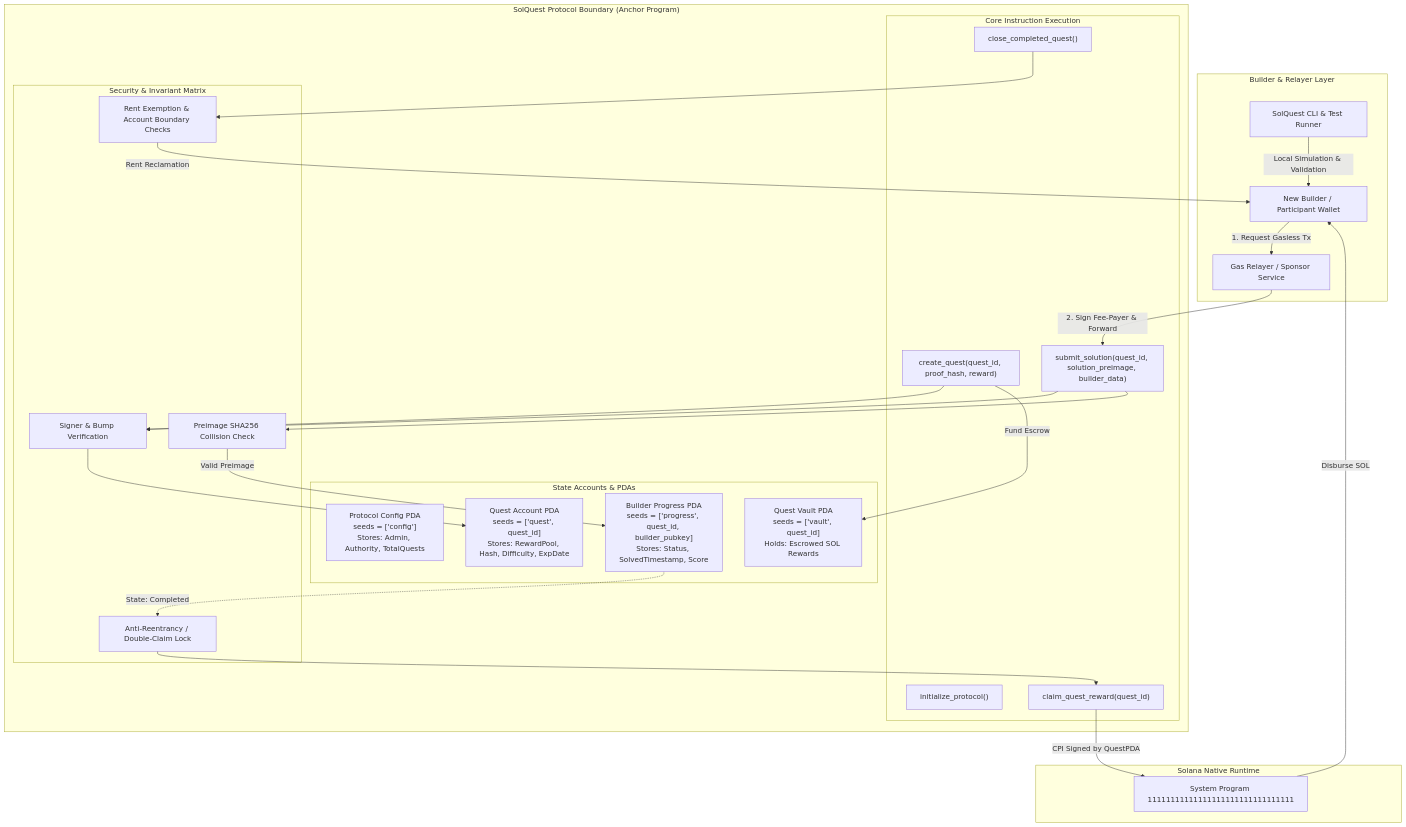
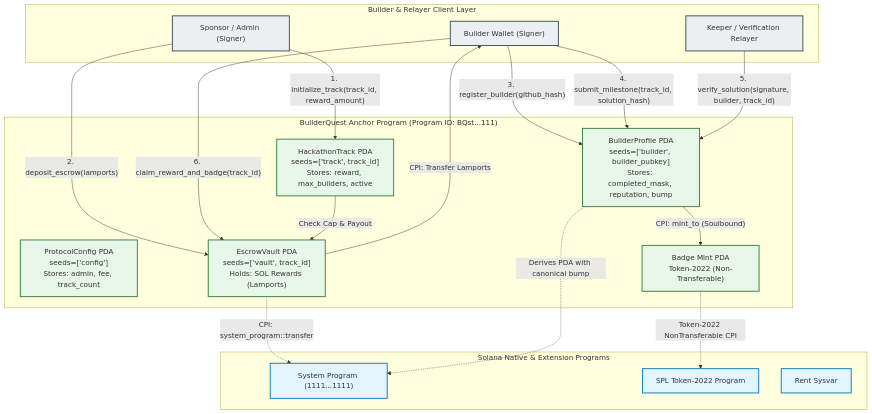
The diagram in README.md (wiliancolomboo-tech/web3-create-content-to-engage-new-builde-2799a3), drawn with Mermaid before and after one commit. The commit also changed other lines of this file and 54 other files, not shown here.

````diff
--- a/README.md
+++ b/README.md
@@ -44,58 +39,50 @@
 ```mermaid
 flowchart TD
-    subgraph ClientLayer["Builder & Relayer Layer"]
-        B[New Builder / Participant Wallet]
-        R[Gas Relayer / Sponsor Service]
-        CLI[SolQuest CLI & Test Runner]
+    subgraph ClientLayer ["Builder & Relayer Client Layer"]
+        Builder["Builder Wallet (Signer)"]
+        Sponsor["Sponsor / Admin (Signer)"]
+        Relayer["Keeper / Verification Relayer"]
     end
 
-    subgraph ProgramBoundary["SolQuest Protocol Boundary (Anchor Program)"]
-        subgraph Accounts["State Accounts & PDAs"]
-            ConfigPDA["Protocol Config PDA<br/>seeds = ['config']<br/>Stores: Admin, Authority, TotalQuests"]
-            QuestPDA["Quest Account PDA<br/>seeds = ['quest', quest_id]<br/>Stores: RewardPool, Hash, Difficulty, ExpDate"]
-            VaultPDA["Quest Vault PDA<br/>seeds = ['vault', quest_id]<br/>Holds: Escrowed SOL Rewards"]
-            ProgressPDA["Builder Progress PDA<br/>seeds = ['progress', quest_id, builder_pubkey]<br/>Stores: Status, SolvedTimestamp, Score"]
-        end
-
-        subgraph InstructionLogic["Core Instruction Execution"]
-            IX_InitConfig["initialize_protocol()"]
-            IX_CreateQuest["create_quest(quest_id, proof_hash, reward)"]
-            IX_SubmitProof["submit_solution(quest_id, solution_preimage, builder_data)"]
-            IX_ClaimReward["claim_quest_reward(quest_id)"]
-            IX_CloseProgress["close_completed_quest()"]
-        end
-
-        subgraph SecurityGuards["Security & Invariant Matrix"]
-            G1["Signer & Bump Verification"]
-            G2["Preimage SHA256 Collision Check"]
-            G3["Anti-Reentrancy / Double-Claim Lock"]
-            G4["Rent Exemption & Account Boundary Checks"]
-        end
+    subgraph ProgramLayer ["BuilderQuest Anchor Program (Program ID: BQst...111)"]
+        Config["ProtocolConfig PDA<br/>seeds=['config']<br/>Stores: admin, fee, track_count"]
+        Track["HackathonTrack PDA<br/>seeds=['track', track_id]<br/>Stores: reward, max_builders, active"]
+        BuilderProfile["BuilderProfile PDA<br/>seeds=['builder', builder_pubkey]<br/>Stores: completed_mask, reputation, bump"]
+        EscrowVault["EscrowVault PDA<br/>seeds=['vault', track_id]<br/>Holds: SOL Rewards (Lamports)"]
+        BadgeMint["Badge Mint PDA<br/>Token-2022 (Non-Transferable)"]
     end
 
-    subgraph SystemProgram["Solana Native Runtime"]
-        SYS[System Program 11111111111111111111111111111111]
+    subgraph NativePrograms ["Solana Native & Extension Programs"]
+        SystemProgram["System Program (1111...1111)"]
+        Token2022["SPL Token-2022 Program"]
+        RentSysvar["Rent Sysvar"]
     end
 
-    %% Client Interactions
-    B -->|1. Request Gasless Tx| R
-    R -->|2. Sign Fee-Payer & Forward| IX_SubmitProof
-    CLI -->|Local Simulation & Validation| B
+    %% Administrative Flow
+    Sponsor -->|"1. initialize_track(track_id, reward_amount)"| Track
+    Sponsor -->|"2. deposit_escrow(lamports)"| EscrowVault
+    EscrowVault -.->|"CPI: system_program::transfer"| SystemProgram
 
-    %% Instruction to Security & Execution
-    IX_CreateQuest --> G1
-    G1 --> QuestPDA
-    IX_CreateQuest -->|Fund Escrow| VaultPDA
+    %% Builder Registration Flow
+    Builder -->|"3. register_builder(github_hash)"| BuilderProfile
+    BuilderProfile -.->|"Derives PDA with canonical bump"| SystemProgram
 
-    IX_SubmitProof --> G1
-    IX_SubmitProof --> G2
-    G2 -->|Valid Preimage| ProgressPDA
-    ProgressPDA -.->|State: Completed| G3
+    %% Quest Verification Flow
+    Builder -->|"4. submit_milestone(track_id, solution_hash)"| BuilderProfile
+    Relayer -->|"5. verify_solution(signature, builder, track_id)"| BuilderProfile
 
-    G3 --> IX_ClaimReward
-    IX_ClaimReward -->|CPI Signed by QuestPDA| SYS
-    SYS -->|Disburse SOL| B
+    %% Reward & Badge Claims
+    Builder -->|"6. claim_reward_and_badge(track_id)"| EscrowVault
+    EscrowVault -->|"CPI: Transfer Lamports"| Builder
+    Track -->|"Check Cap & Payout"| EscrowVault
+    BuilderProfile -->|"CPI: mint_to (Soulbound)"| BadgeMint
+    BadgeMint -.->|"Token-2022 NonTransferable CPI"| Token2022
 
-    IX_CloseProgress --> G4
-    G4 -->|Rent Reclamation| B
+    classDef client fill:#eceff1,stroke:#37474f,stroke-width:2px;
+    classDef program fill:#e8f5e9,stroke:#2e7d32,stroke-width:2px;
+    classDef native fill:#e1f5fe,stroke:#0277bd,stroke-width:2px;
+
+    class Builder,Sponsor,Relayer client;
+    class Config,Track,BuilderProfile,EscrowVault,BadgeMint program;
+    class SystemProgram,Token2022,RentSysvar native;
 ```
````
